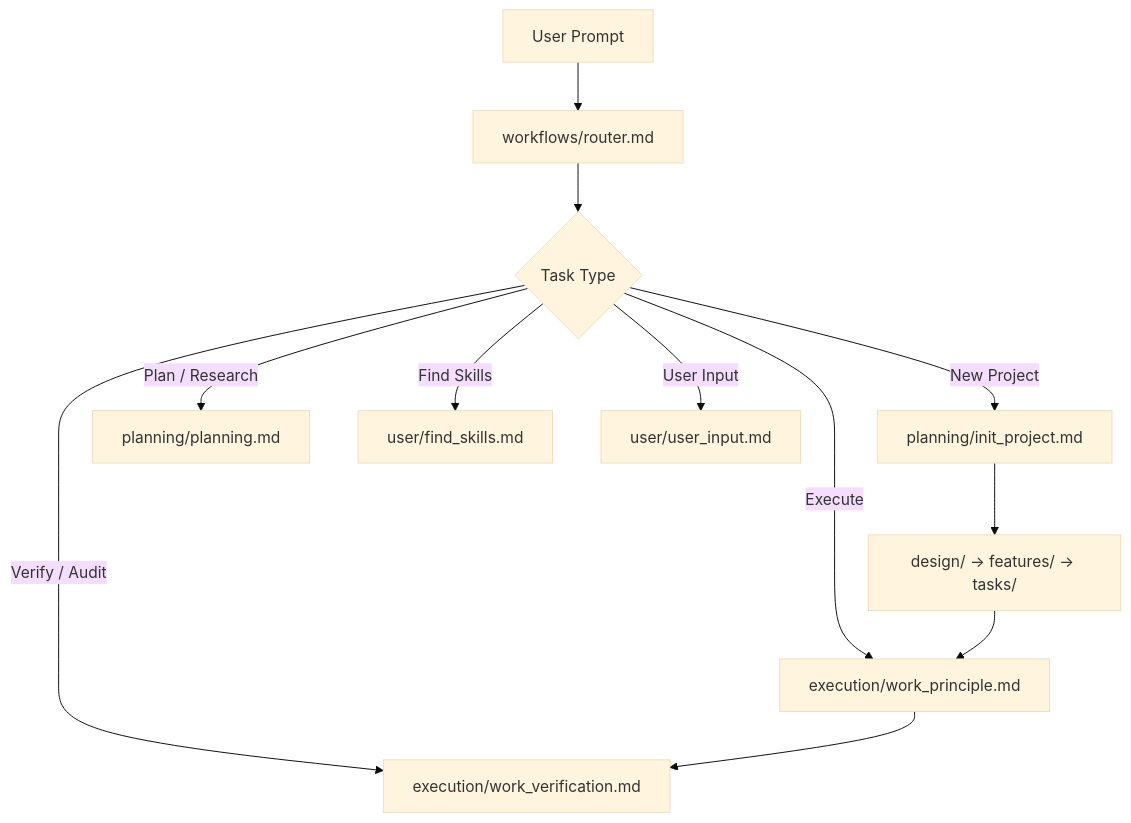
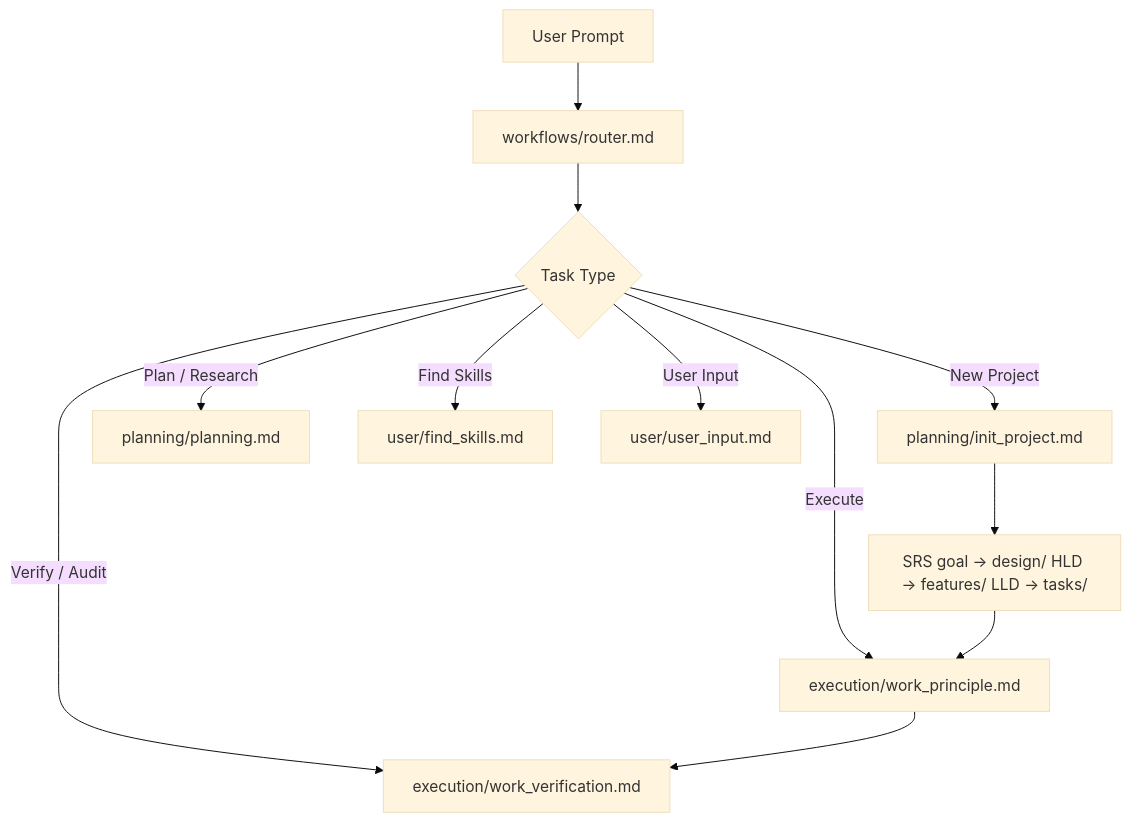
Before and after one commit to AkshatTilak/agent_buildable_base: the diagram in README.md, drawn with Mermaid (base theme). The commit also changed other lines of this file and 14 other files, not shown here.

````diff
--- a/README.md
+++ b/README.md
@@ -55,14 +56,14 @@
 ```mermaid
 graph TD
     A[User Prompt] --> B[workflows/router.md]
     B --> C{Task Type}
     C -->|New Project| D[planning/init_project.md]
     C -->|Plan / Research| E[planning/planning.md]
     C -->|Execute| F[execution/work_principle.md]
     C -->|Verify / Audit| G[execution/work_verification.md]
     C -->|Find Skills| H[user/find_skills.md]
     C -->|User Input| I[user/user_input.md]
-    D --> J[design/ → features/ → tasks/]
+    D --> J[SRS goal → design/ HLD → features/ LLD → tasks/]
     J --> F
     F --> G
 ```
````
